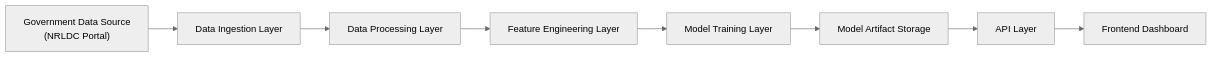
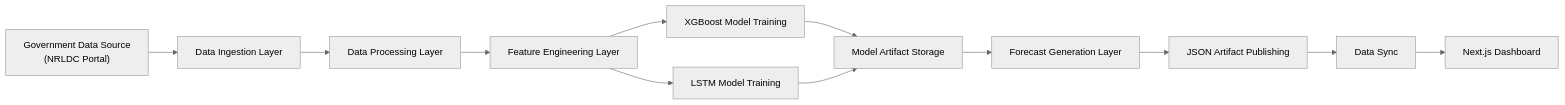
Before and after one commit to Team-NAVGATI/Smart-Grid-Load-Prediction-Using-Deep-Learning-By-Team-NavGati: the first of 4 diagrams in docs/design/architecture.md, drawn with Mermaid (neutral theme). The commit also changed other lines of this file, not shown here.

Commit message:
docs: update architecture documentation to reflect dual model training and artifact generation layers

````diff
--- a/docs/design/architecture.md
+++ b/docs/design/architecture.md
@@ -19,19 +21,26 @@
 ```mermaid
 flowchart LR
 	A["Government Data Source<br/>(NRLDC Portal)"]
 	B[Data Ingestion Layer]
 	C[Data Processing Layer]
 	D[Feature Engineering Layer]
-	E[Model Training Layer]
+	E1[XGBoost Model Training]
+	E2[LSTM Model Training]
 	F[Model Artifact Storage]
-	G[API Layer]
-	H[Frontend Dashboard]
+	G[Forecast Generation Layer]
+	H[JSON Artifact Publishing]
+	I[Data Sync]
+	J[Next.js Dashboard]
 
 	A --> B
 	B --> C
 	C --> D
-	D --> E
-	E --> F
+	D --> E1
+	D --> E2
+	E1 --> F
+	E2 --> F
 	F --> G
 	G --> H
+	H --> I
+	I --> J
 ```
````
